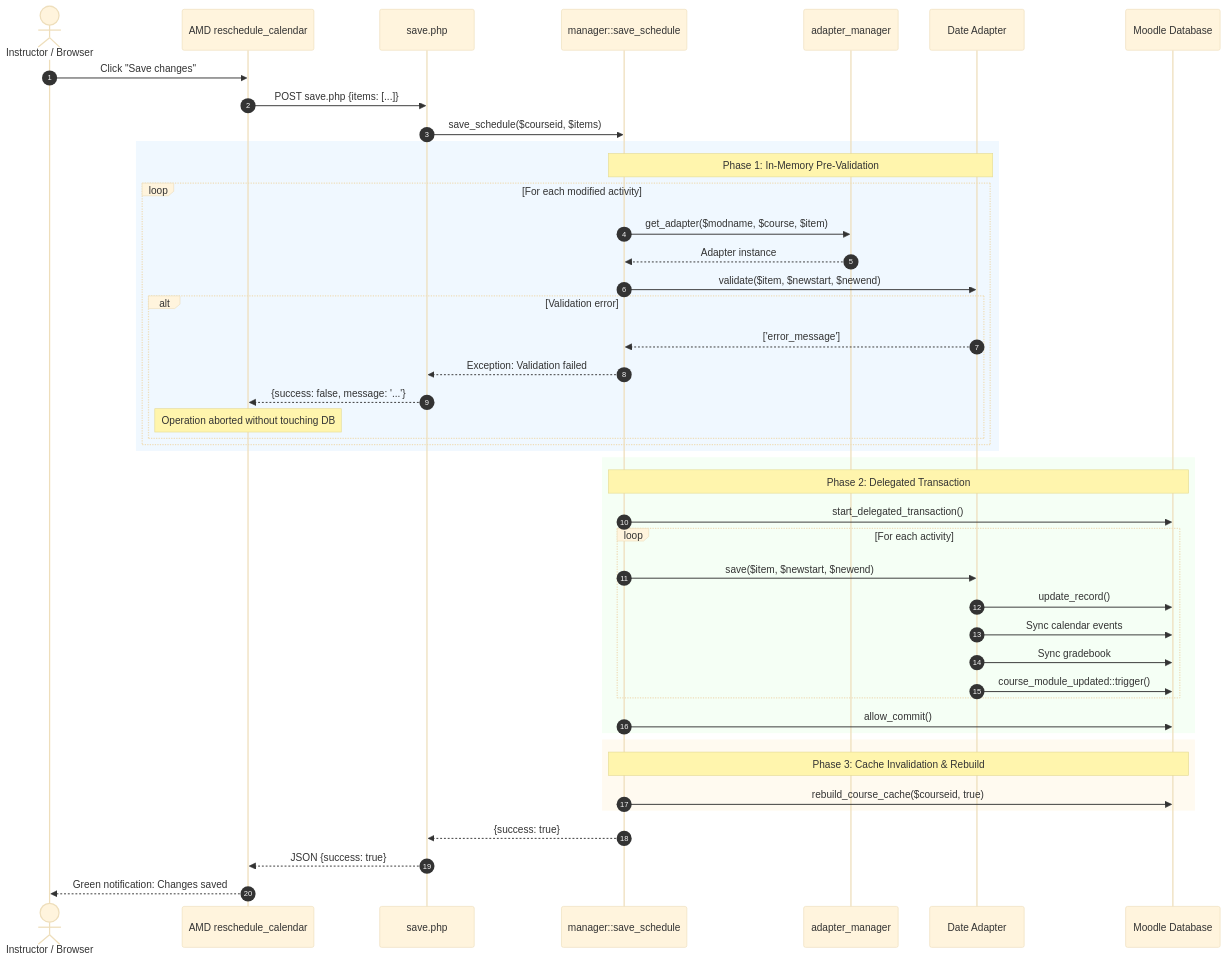
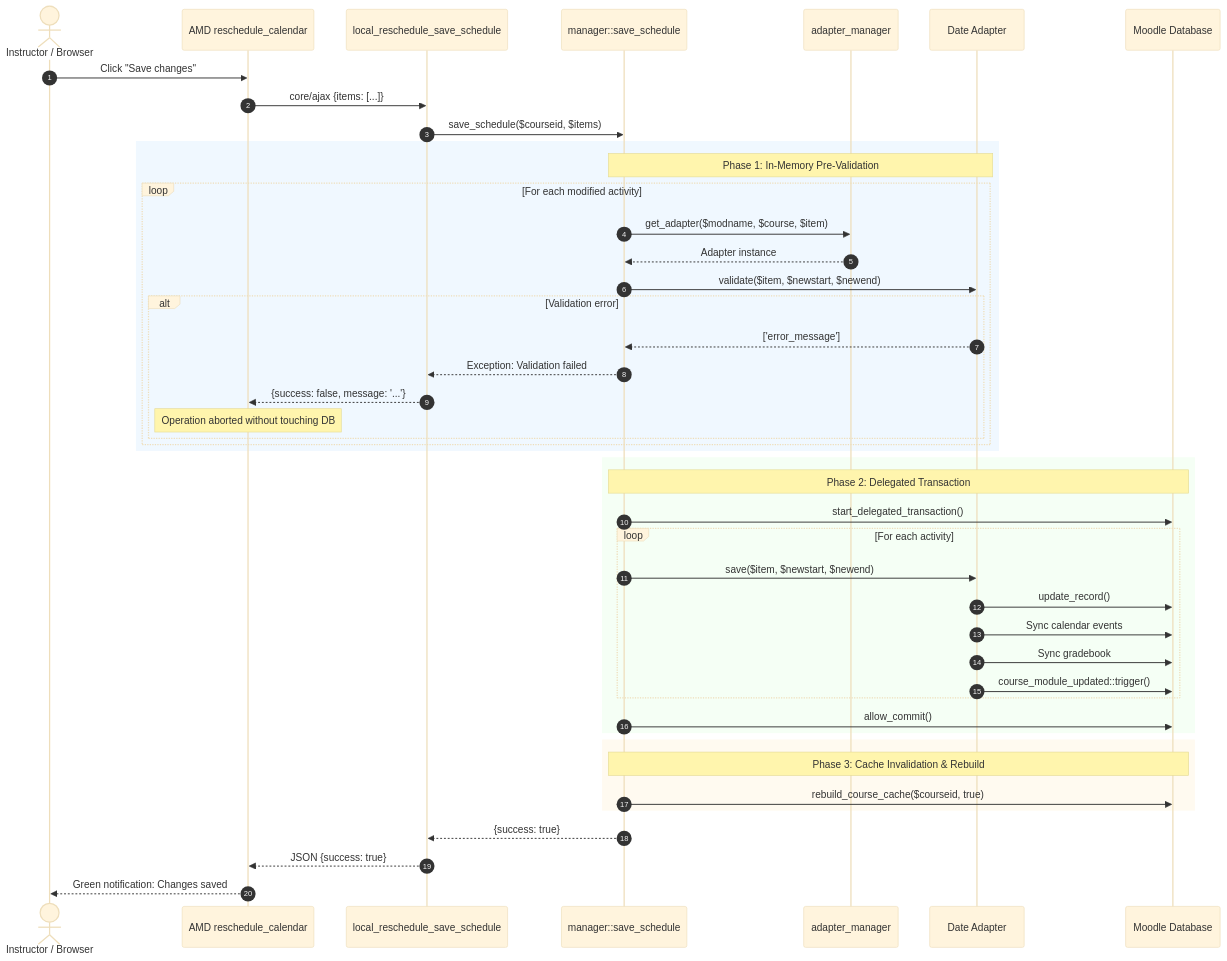
The diagram in README.md (juacas/moodle-local_reschedule), drawn with Mermaid (base theme) before and after one commit. The commit also changed other lines of this file and 41 other files, not shown here.

````diff
--- a/README.md
+++ b/README.md
@@ -344,52 +353,52 @@
 ```mermaid
 sequenceDiagram
     autonumber
     actor User as Instructor / Browser
     participant UI as AMD reschedule_calendar
-    participant Endpoint as save.php
+    participant Endpoint as local_reschedule_save_schedule
     participant Mgr as manager::save_schedule
     participant Factory as adapter_manager
     participant Adapter as Date Adapter
     participant DB as Moodle Database
 
     User->>UI: Click "Save changes"
-    UI->>Endpoint: POST save.php {items: [...]}
+    UI->>Endpoint: core/ajax {items: [...]}
     Endpoint->>Mgr: save_schedule($courseid, $items)
 
     rect rgb(240, 248, 255)
     Note over Mgr,Adapter: Phase 1: In-Memory Pre-Validation
     loop For each modified activity
         Mgr->>Factory: get_adapter($modname, $course, $item)
         Factory-->>Mgr: Adapter instance
         Mgr->>Adapter: validate($item, $newstart, $newend)
         alt Validation error
             Adapter-->>Mgr: ['error_message']
             Mgr-->>Endpoint: Exception: Validation failed
             Endpoint-->>UI: {success: false, message: '...'}
             Note over UI: Operation aborted without touching DB
         end
     end
     end
 
     rect rgb(245, 255, 245)
     Note over Mgr,DB: Phase 2: Delegated Transaction
     Mgr->>DB: start_delegated_transaction()
     loop For each activity
         Mgr->>Adapter: save($item, $newstart, $newend)
         Adapter->>DB: update_record()
         Adapter->>DB: Sync calendar events
         Adapter->>DB: Sync gradebook
         Adapter->>DB: course_module_updated::trigger()
     end
     Mgr->>DB: allow_commit()
     end
 
     rect rgb(255, 250, 240)
     Note over Mgr,DB: Phase 3: Cache Invalidation & Rebuild
     Mgr->>DB: rebuild_course_cache($courseid, true)
     end
 
     Mgr-->>Endpoint: {success: true}
     Endpoint-->>UI: JSON {success: true}
     UI-->>User: Green notification: Changes saved
 ```
````
